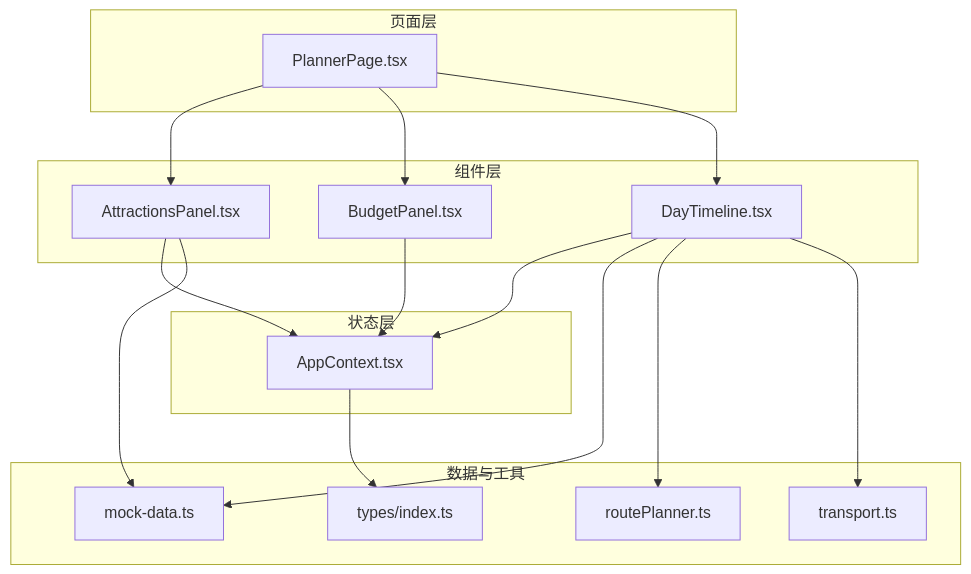
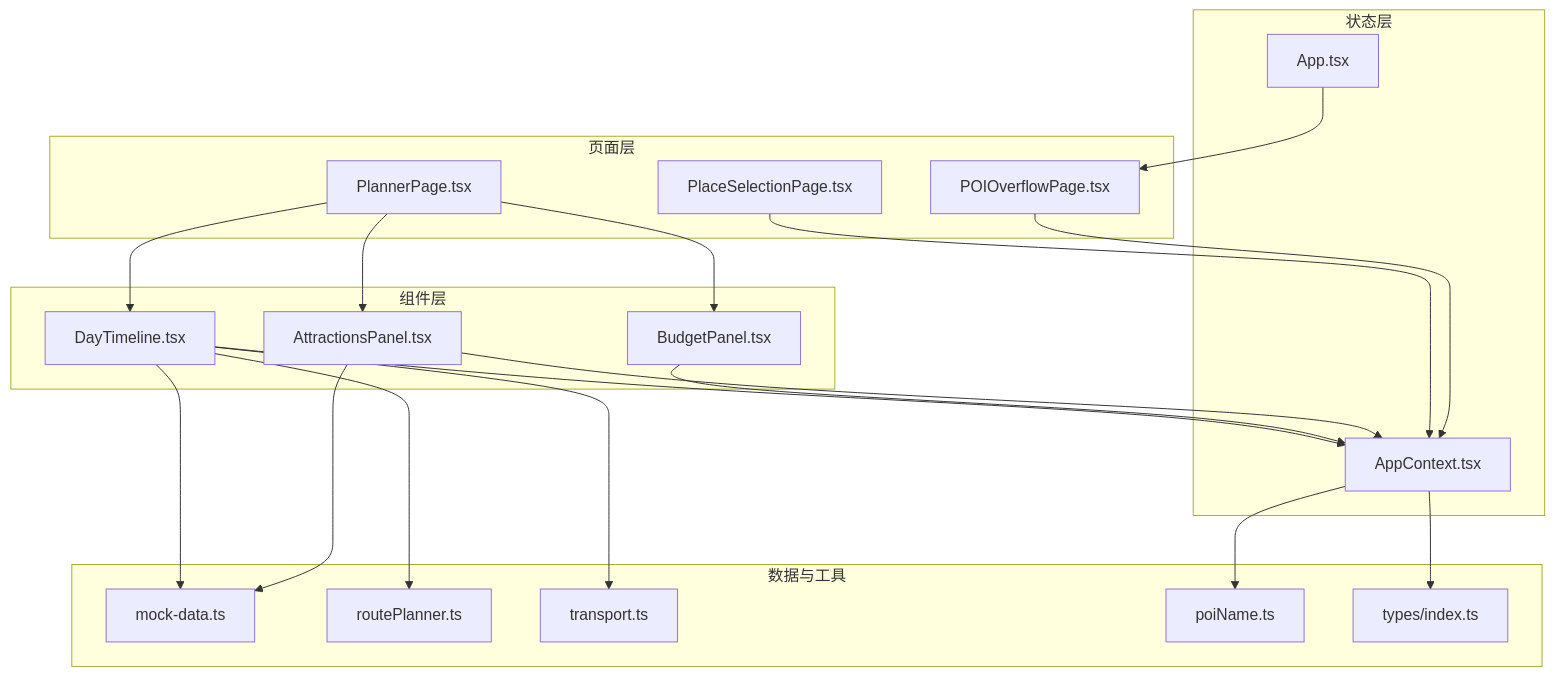
Before and after one commit to ititjjy/AITrip-plan: the first of 9 diagrams in .qoder/repowiki/zh/content/UI组件系统/行程规划组件.md, drawn with Mermaid. The commit also changed other lines of this file and 144 other files, not shown here.

````diff
--- a/.qoder/repowiki/zh/content/UI组件系统/行程规划组件.md
+++ b/.qoder/repowiki/zh/content/UI组件系统/行程规划组件.md
@@ -45,31 +66,39 @@
 ```mermaid
 graph TB
 subgraph "页面层"
 P["PlannerPage.tsx"]
+POP["POIOverflowPage.tsx"]
+PSP["PlaceSelectionPage.tsx"]
 end
 subgraph "组件层"
 AP["AttractionsPanel.tsx"]
 BP["BudgetPanel.tsx"]
 DT["DayTimeline.tsx"]
 end
 subgraph "状态层"
 AC["AppContext.tsx"]
+APP["App.tsx"]
 end
 subgraph "数据与工具"
 MD["mock-data.ts"]
 RP["routePlanner.ts"]
 TR["transport.ts"]
+PN["poiName.ts"]
 TY["types/index.ts"]
 end
 P --> AP
 P --> BP
 P --> DT
+POP --> AC
+PSP --> AC
 AP --> AC
 BP --> AC
 DT --> AC
 AP --> MD
 DT --> MD
 DT --> RP
 DT --> TR
+AC --> PN
 AC --> TY
+APP --> POP
 ```
````
